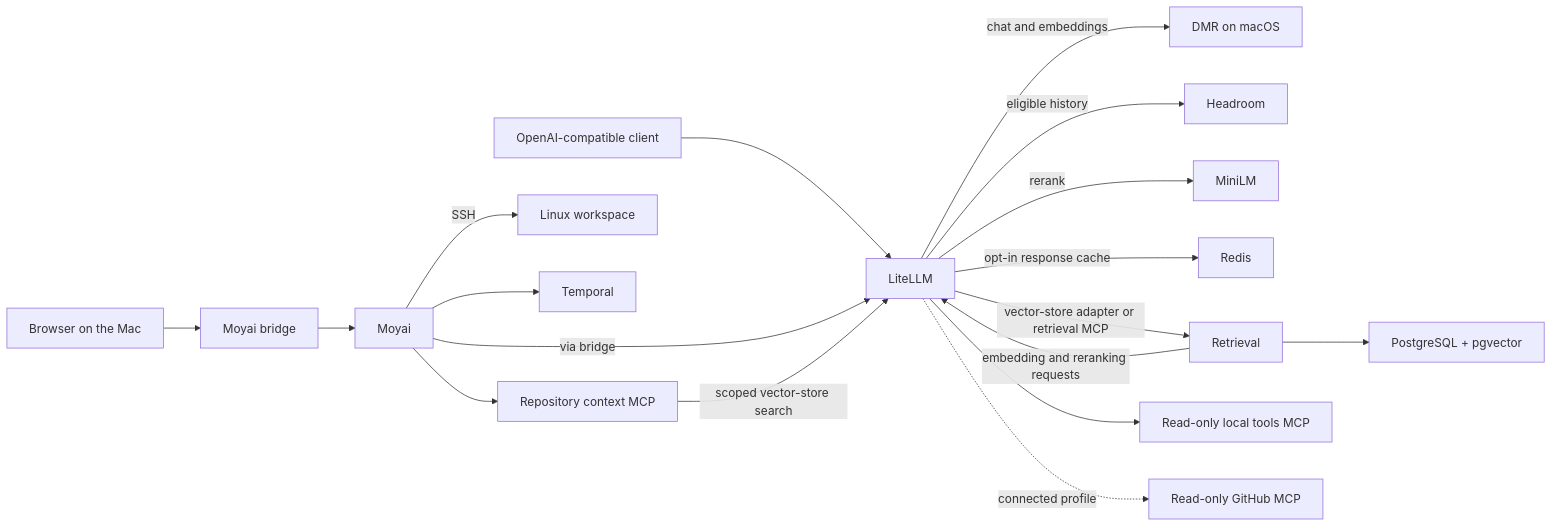
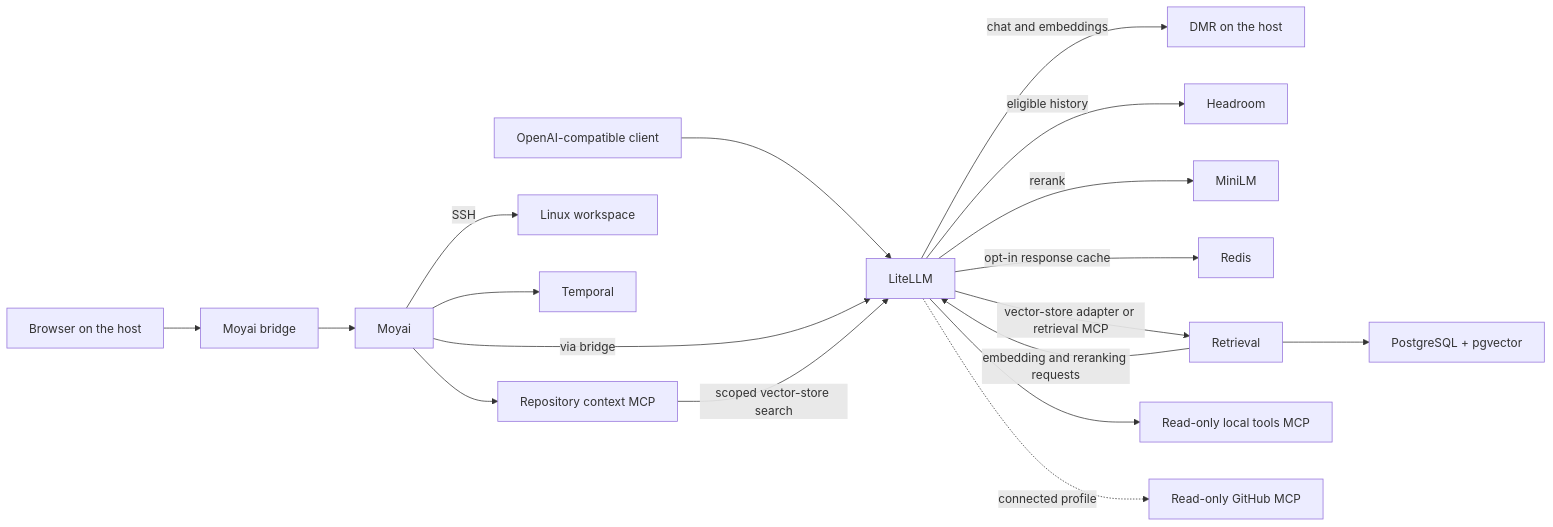
Before and after one commit to taras-kolodchyn/local-ai-platform: the diagram in docs/architecture.md, drawn with Mermaid. The commit also changed other lines of this file and 22 other files, not shown here.

````diff
--- a/docs/architecture.md
+++ b/docs/architecture.md
@@ -9,20 +11,20 @@
 ```mermaid
 flowchart LR
     Client["OpenAI-compatible client"] --> G["LiteLLM"]
-    Browser["Browser on the Mac"] --> B["Moyai bridge"]
+    Browser["Browser on the host"] --> B["Moyai bridge"]
     B --> A["Moyai"]
     A -->|"via bridge"| G
     A -->|"SSH"| S["Linux workspace"]
     A --> T["Temporal"]
     A --> C["Repository context MCP"]
     C -->|"scoped vector-store search"| G
-    G -->|"chat and embeddings"| D["DMR on macOS"]
+    G -->|"chat and embeddings"| D["DMR on the host"]
     G -->|"eligible history"| H["Headroom"]
     G -->|"rerank"| M["MiniLM"]
     G -->|"opt-in response cache"| R["Redis"]
     G -->|"vector-store adapter or retrieval MCP"| V["Retrieval"]
     V -->|"embedding and reranking requests"| G
     V --> P["PostgreSQL + pgvector"]
     G --> O["Read-only local tools MCP"]
     G -.->|"connected profile"| GH["Read-only GitHub MCP"]
 ```
````
